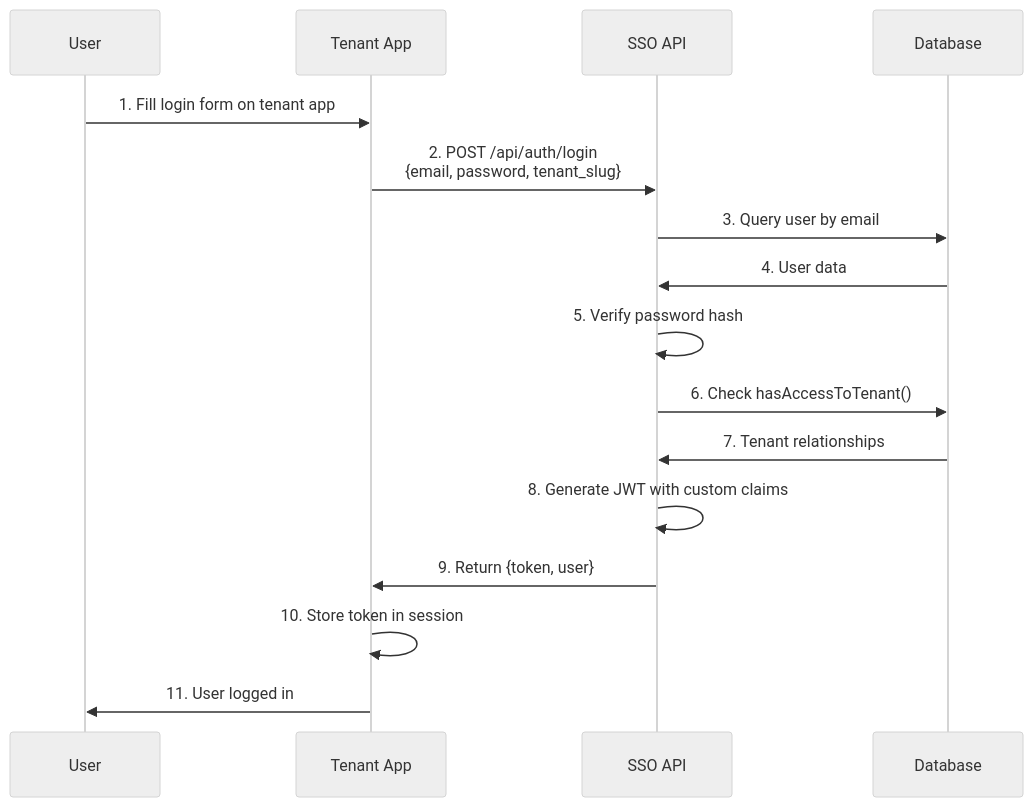
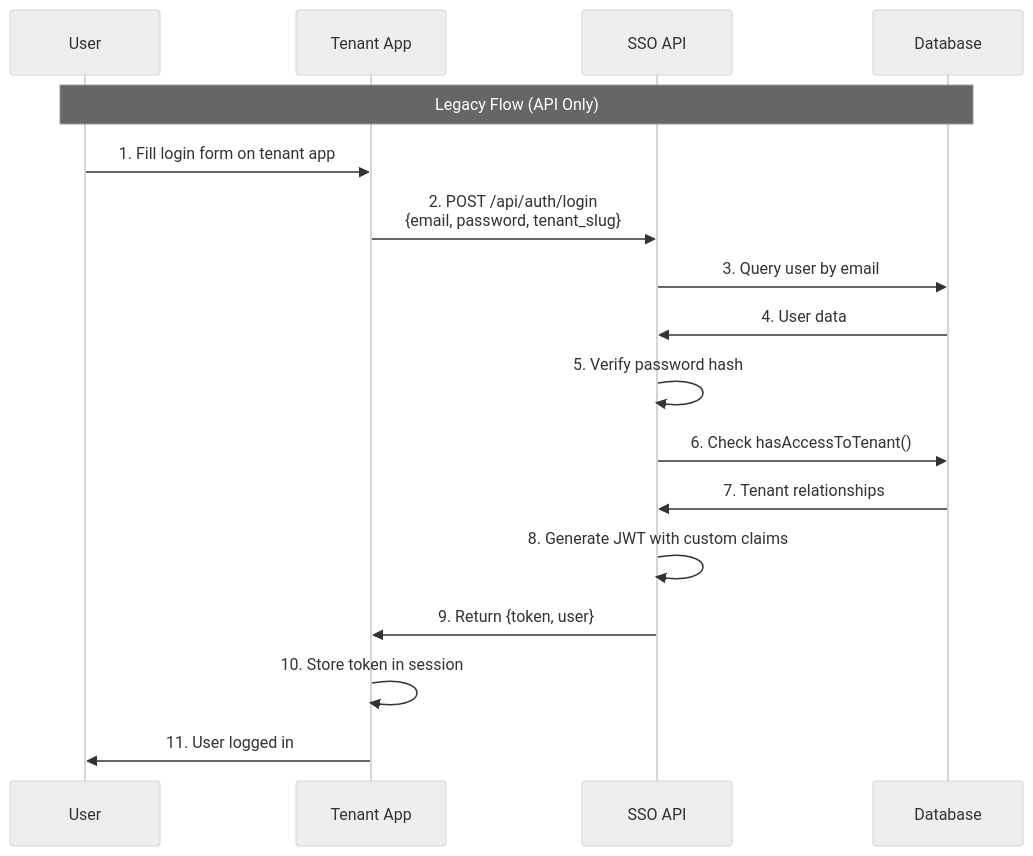
The fifth of 10 diagrams in docs/authentication-flow.md (hi-dil/SSO-POC), drawn with Mermaid (neutral theme) before and after one commit. The commit also changed other lines of this file and 59 other files, not shown here.

````diff
--- a/docs/authentication-flow.md
+++ b/docs/authentication-flow.md
@@ -122,19 +161,20 @@
 ```mermaid
 sequenceDiagram
     participant U as User
     participant T as Tenant App
     participant API as SSO API
     participant DB as Database
     
+    Note over U,DB: Legacy Flow (API Only)
     U->>T: 1. Fill login form on tenant app
     T->>API: 2. POST /api/auth/login<br/>{email, password, tenant_slug}
     API->>DB: 3. Query user by email
     DB->>API: 4. User data
     API->>API: 5. Verify password hash
     API->>DB: 6. Check hasAccessToTenant()
     DB->>API: 7. Tenant relationships
     API->>API: 8. Generate JWT with custom claims
     API->>T: 9. Return {token, user}
     T->>T: 10. Store token in session
     T->>U: 11. User logged in
 ```
````
